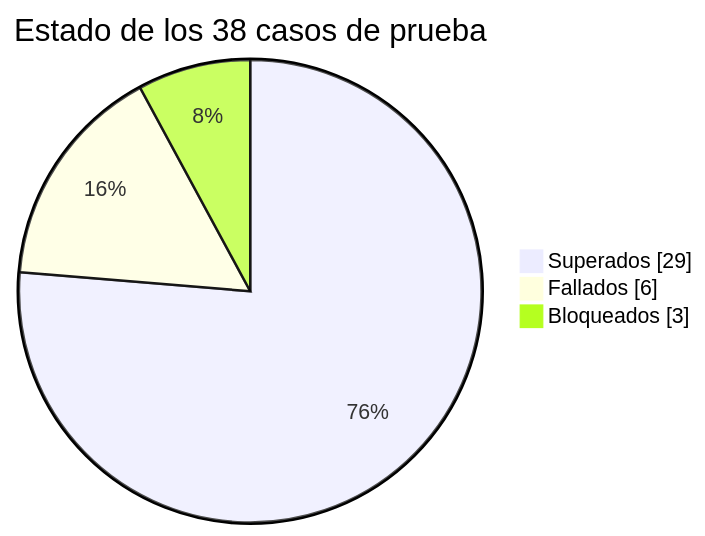
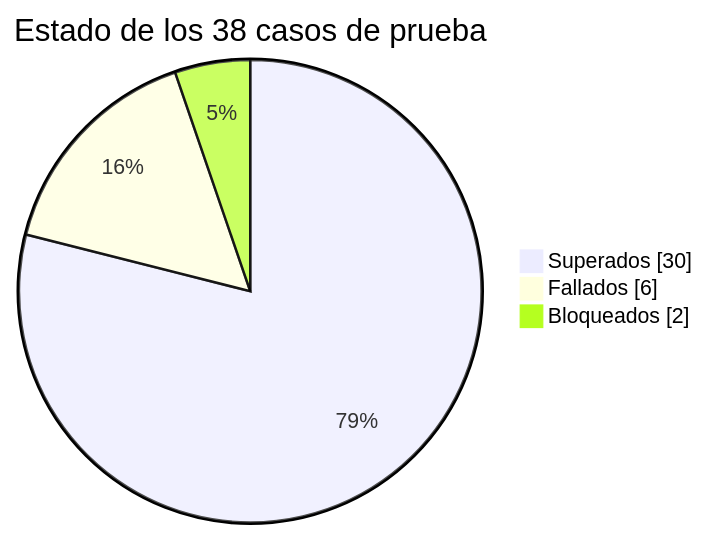
Before and after one commit to Blistahub/qa-portfolio-orangehrm: the first of 2 diagrams in 04-informe-ejecucion.md, drawn with Mermaid. The commit also changed other lines of this file and 27 other files, not shown here.

````diff
--- a/04-informe-ejecucion.md
+++ b/04-informe-ejecucion.md
@@ -38,7 +38,7 @@
 ```mermaid
 pie showData
     title Estado de los 38 casos de prueba
-    "Superados" : 29
+    "Superados" : 30
     "Fallados" : 6
-    "Bloqueados" : 3
+    "Bloqueados" : 2
 ```
````
